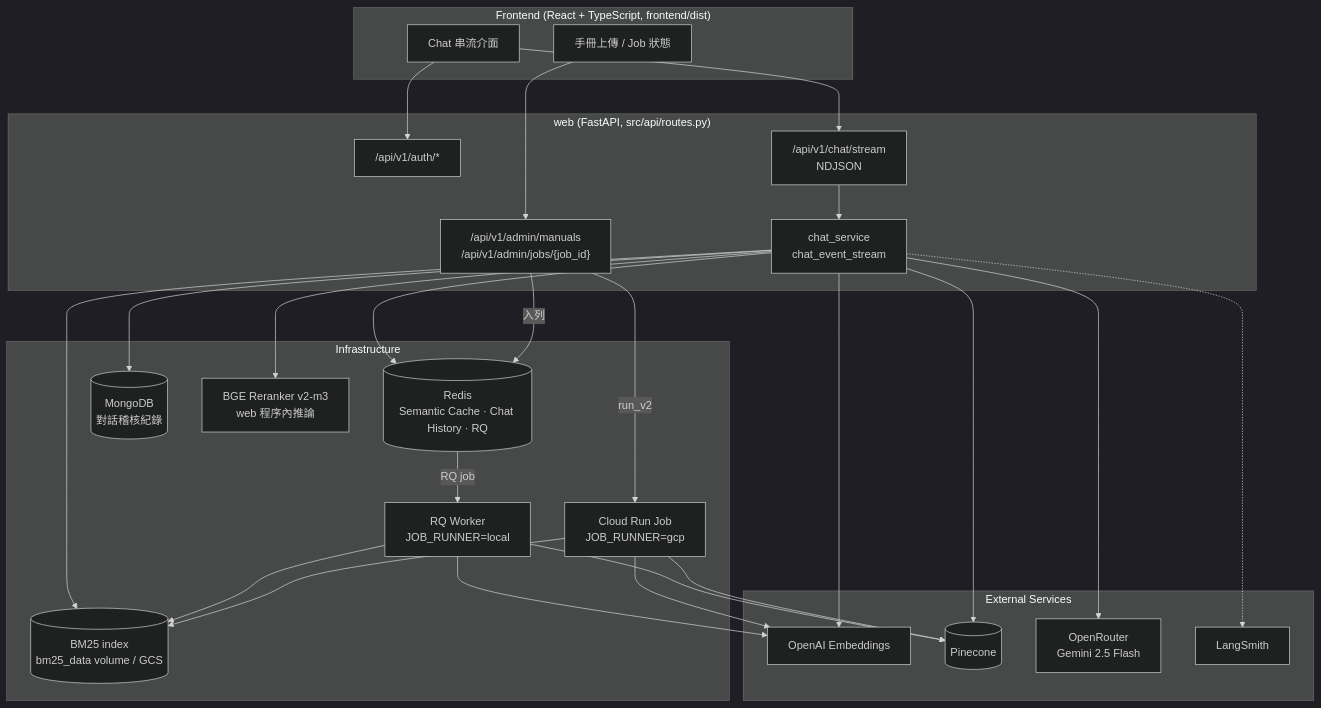
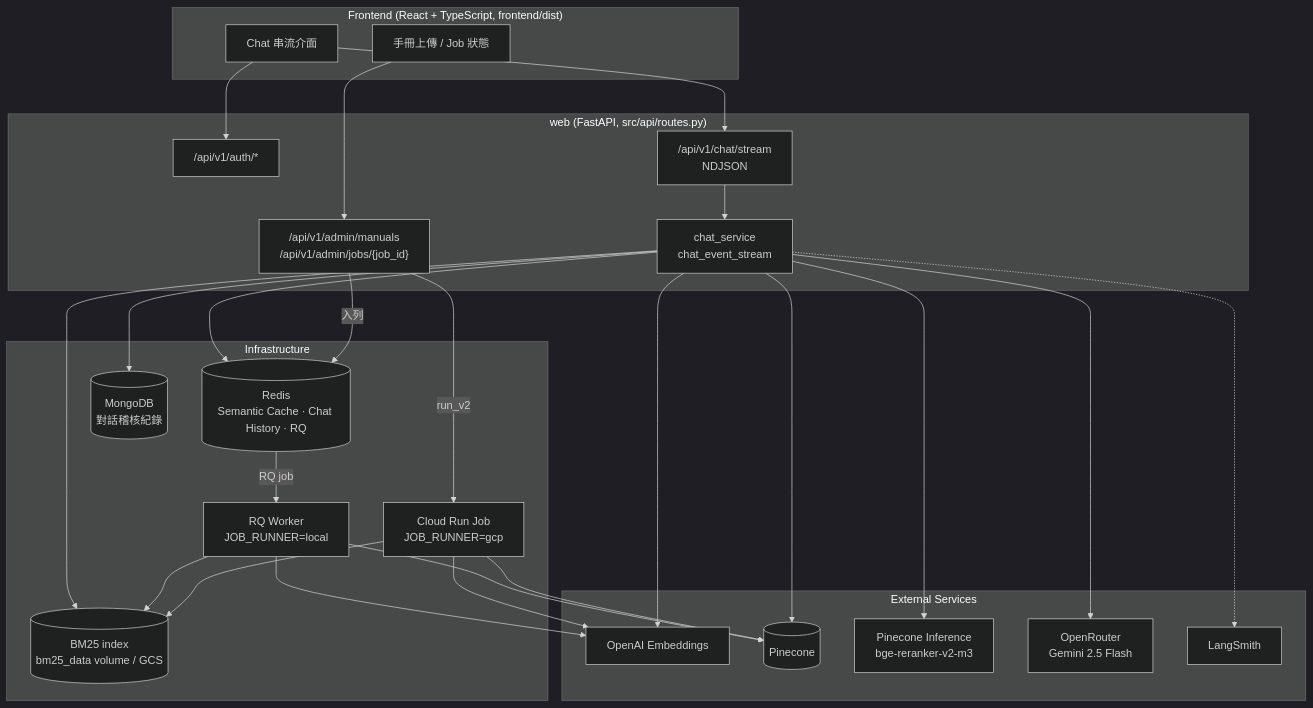
Before and after one commit to albertkingdom/rag-chatbot-demo: the first of 4 diagrams in architecture.md, drawn with Mermaid (dark theme). The commit also changed other lines of this file and 12 other files, not shown here.

````diff
--- a/architecture.md
+++ b/architecture.md
@@ -5,53 +5,53 @@
 ```mermaid
 flowchart TB
     subgraph UI["Frontend (React + TypeScript, frontend/dist)"]
         Chat[Chat 串流介面]
         Upload[手冊上傳 / Job 狀態]
     end
 
     subgraph Web["web (FastAPI, src/api/routes.py)"]
         Auth["/api/v1/auth/*"]
         ChatAPI["/api/v1/chat/stream<br/>NDJSON"]
         Admin["/api/v1/admin/manuals<br/>/api/v1/admin/jobs/{job_id}"]
         ChatSvc[chat_service<br/>chat_event_stream]
     end
 
     subgraph Infra["Infrastructure"]
         Redis[(Redis<br/>Semantic Cache · Chat History · RQ)]
         Worker[RQ Worker<br/>JOB_RUNNER=local]
         CRJob[Cloud Run Job<br/>JOB_RUNNER=gcp]
         Mongo[(MongoDB<br/>對話稽核紀錄)]
         BM25[(BM25 index<br/>bm25_data volume / GCS)]
-        Reranker[BGE Reranker v2-m3<br/>web 程序內推論]
     end
 
     subgraph External["External Services"]
         OpenAI[OpenAI Embeddings]
         Pinecone[(Pinecone)]
+        Reranker[Pinecone Inference<br/>bge-reranker-v2-m3]
         OpenRouter[OpenRouter<br/>Gemini 2.5 Flash]
         LangSmith[LangSmith]
     end
 
     Chat --> Auth
     Chat --> ChatAPI --> ChatSvc
     Upload --> Admin
 
     ChatSvc --> Redis
     ChatSvc --> Mongo
     ChatSvc --> BM25
     ChatSvc --> OpenAI
     ChatSvc --> Pinecone
     ChatSvc --> Reranker
     ChatSvc --> OpenRouter
     ChatSvc -.-> LangSmith
 
     Admin -- 入列 --> Redis
     Redis -- RQ job --> Worker
     Admin -- run_v2 --> CRJob
     Worker --> OpenAI
     Worker --> Pinecone
     Worker --> BM25
     CRJob --> OpenAI
     CRJob --> Pinecone
     CRJob --> BM25
 ```
````
